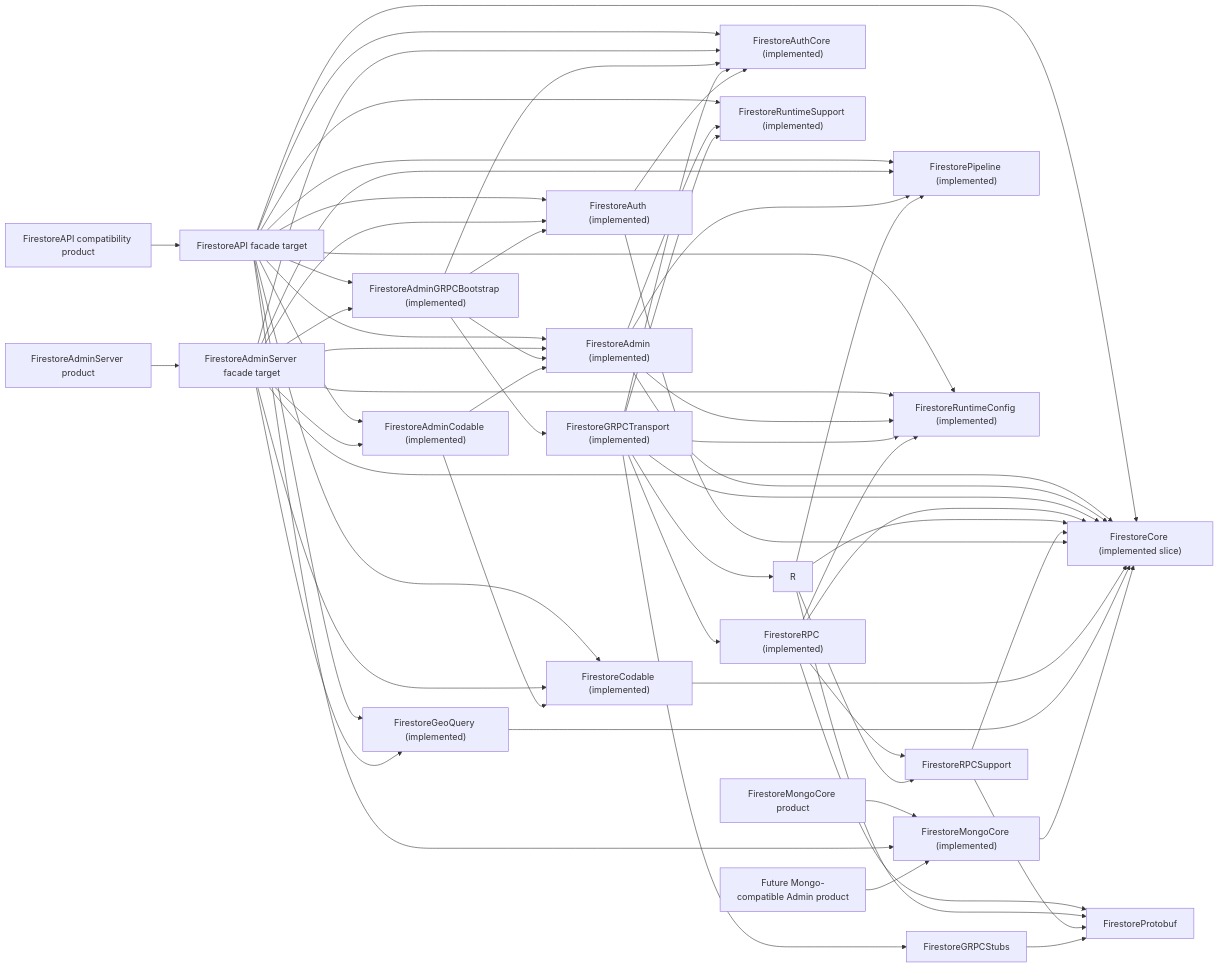
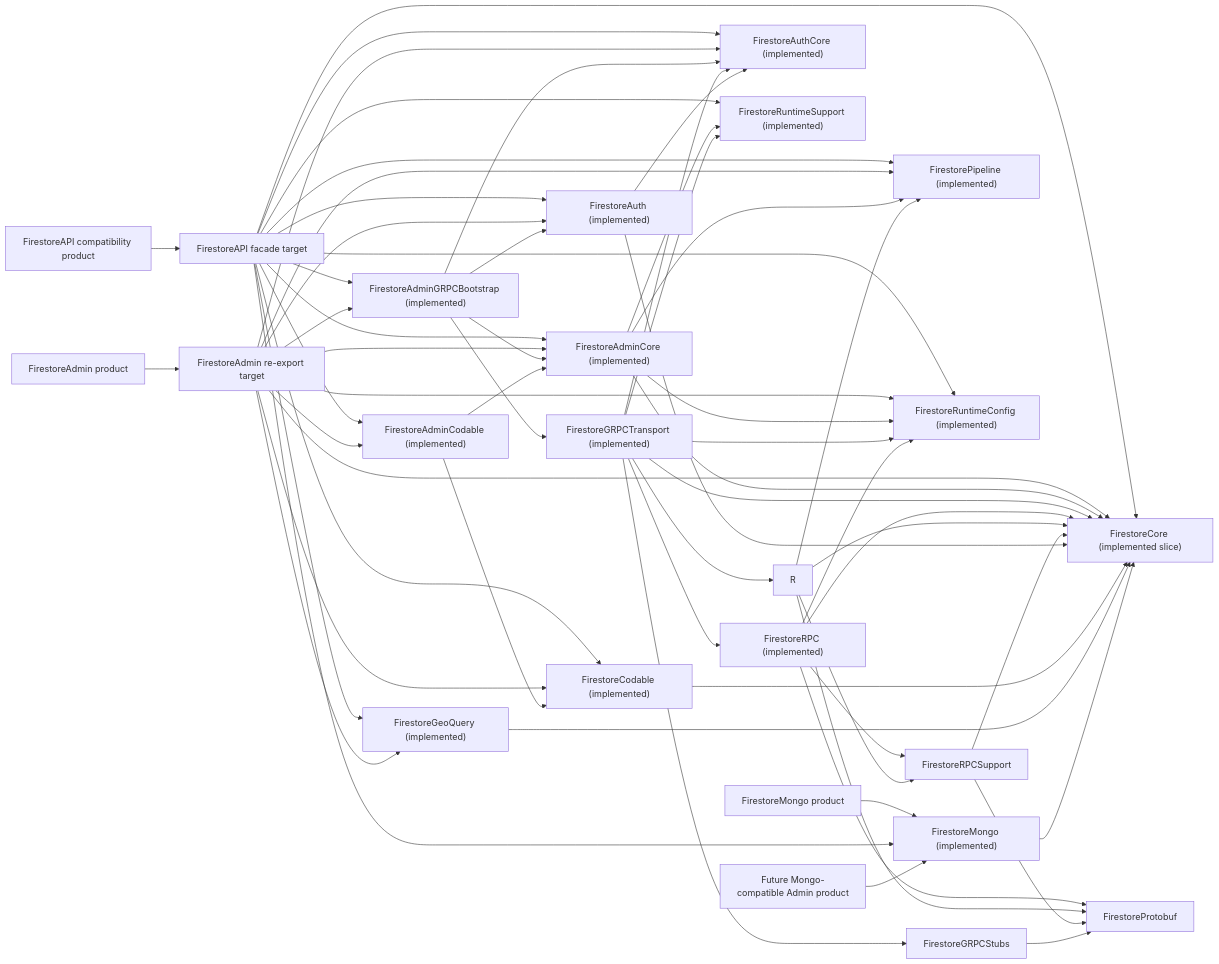
One commit to 1amageek/FirebaseAPI changed the diagram in docs/FirestoreModuleSeparationPlan.md. Above: the diagram before and after it, drawn with Mermaid. The commit also changed other lines of this file and 44 other files, not shown here.

````diff
--- a/docs/FirestoreModuleSeparationPlan.md
+++ b/docs/FirestoreModuleSeparationPlan.md
@@ -39,62 +39,62 @@
 ```mermaid
 flowchart LR
   A["FirestoreAPI compatibility product"] --> B["FirestoreAPI facade target"]
-  AA["FirestoreAdminServer product"] --> AB["FirestoreAdminServer facade target"]
-  AC["FirestoreMongoCore product"] --> T["FirestoreMongoCore (implemented)"]
-  B --> O["FirestoreAdmin (implemented)"]
+  AA["FirestoreAdmin product"] --> AB["FirestoreAdmin re-export target"]
+  AC["FirestoreMongo product"] --> T["FirestoreMongo (implemented)"]
+  B --> O["FirestoreAdminCore (implemented)"]
   B --> P["FirestoreAdminGRPCBootstrap (implemented)"]
   B --> C["FirestoreCore (implemented slice)"]
   B --> Q["FirestoreAuthCore (implemented)"]
   B --> D["FirestoreAuth (implemented)"]
   B --> E["FirestorePipeline (implemented)"]
   B --> V["FirestoreRuntimeConfig (implemented)"]
   B --> L["FirestoreRuntimeSupport (implemented)"]
   B --> M["FirestoreCodable (implemented)"]
   B --> N["FirestoreGeoQuery (implemented)"]
-  B --> T["FirestoreMongoCore (implemented)"]
+  B --> T["FirestoreMongo (implemented)"]
   B --> U["FirestoreAdminCodable (implemented)"]
   AB --> O
   AB --> P
   AB --> C
   AB --> Q
   AB --> D
   AB --> E
   AB --> V
   AB --> M
   AB --> N
   AB --> U
   P --> O
   P --> Q
   P --> D
   P --> K["FirestoreGRPCTransport (implemented)"]
   O --> C
   O --> E
   O --> L
   O --> V
   U --> O
   U --> M
   K --> C
   K --> Q
   K --> V
   K --> L
   K --> F
   K --> R
   K --> G
   F["FirestoreRPC (implemented)"] --> C
   F --> V
   F --> S["FirestoreRPCSupport"]
   F --> H["FirestoreProtobuf"]
   R --> C
   R --> E
   R --> S
   R --> H
   S --> C
   S --> H
   G["FirestoreGRPCStubs"] --> H
   D --> Q
   D --> C
   M --> C
   N --> C
   T --> C
   I["Future Mongo-compatible Admin product"] --> T
 ```
````
